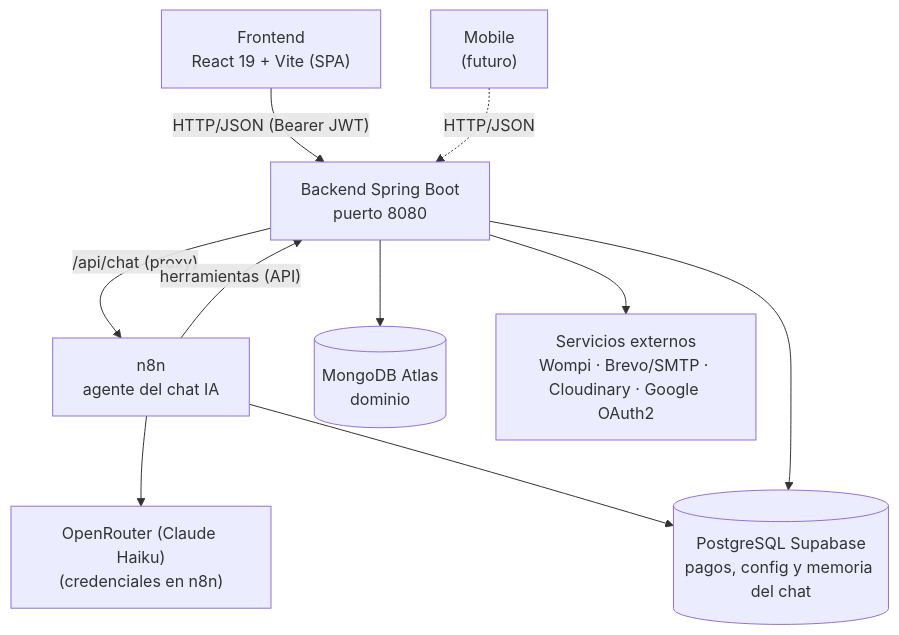
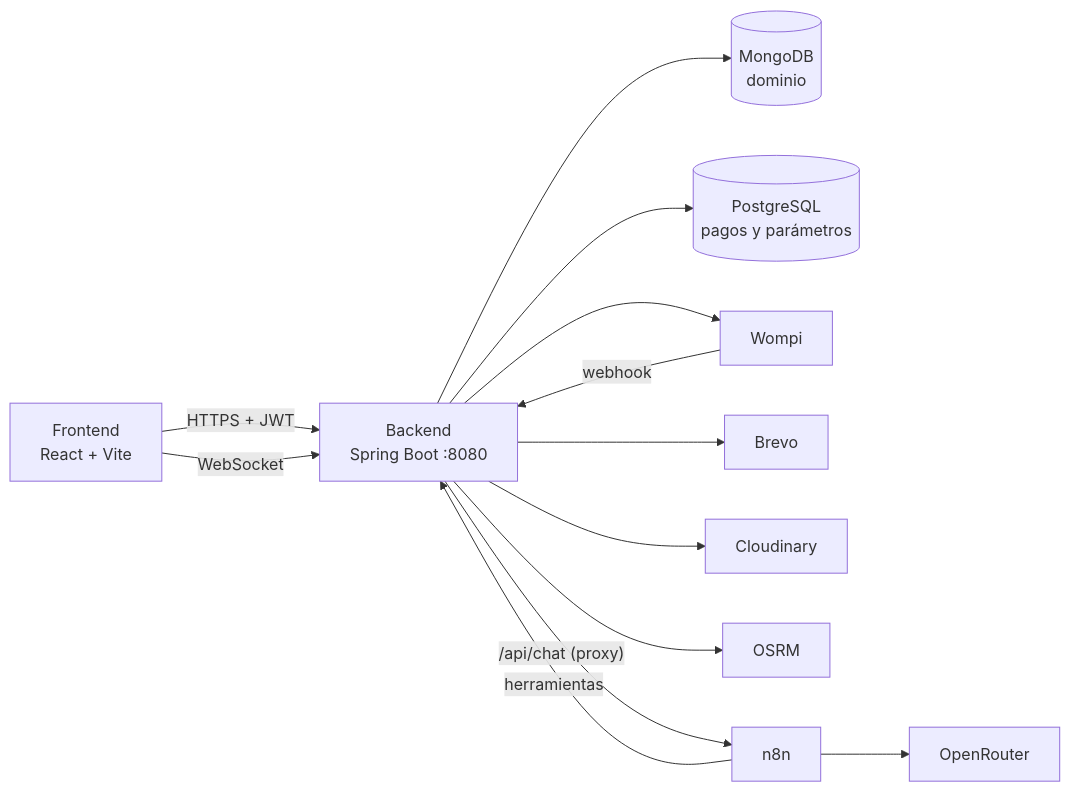
The second of 2 diagrams in README.md (brainyns/Drivemaster), drawn with Mermaid before and after one commit. The commit also changed other lines of this file and 1 other file, not shown here.

````diff
--- a/README.md
+++ b/README.md
@@ -131,21 +157,15 @@
 ```mermaid
-flowchart TD
-    FE["Frontend<br/>React 19 + Vite (SPA)"]
-    MOB["Mobile<br/>(futuro)"]
-    BE["Backend Spring Boot<br/>puerto 8080"]
-    N8N["n8n<br/>agente del chat IA"]
-    MONGO[("MongoDB Atlas<br/>dominio")]
-    PG[("PostgreSQL Supabase<br/>pagos, config y memoria del chat")]
-    EXT["Servicios externos<br/>Wompi · Brevo/SMTP · Cloudinary · Google OAuth2"]
-    IA["OpenRouter (Claude Haiku)<br/>(credenciales en n8n)"]
-
-    FE -- "HTTP/JSON (Bearer JWT)" --> BE
-    MOB -. "HTTP/JSON" .-> BE
-    BE -- "/api/chat (proxy)" --> N8N
-    N8N -- "herramientas (API)" --> BE
-    N8N --> IA
-    N8N --> PG
-    BE --> MONGO
-    BE --> PG
-    BE --> EXT
+flowchart LR
+    FE["Frontend<br/>React + Vite"] -- "HTTPS + JWT" --> BE["Backend<br/>Spring Boot :8080"]
+    FE -- "WebSocket" --> BE
+    BE --> MONGO[("MongoDB<br/>dominio")]
+    BE --> PG[("PostgreSQL<br/>pagos y parámetros")]
+    BE --> WOMPI["Wompi"]
+    BE --> BREVO["Brevo"]
+    BE --> CLOUD["Cloudinary"]
+    BE --> OSRM["OSRM"]
+    BE -- "/api/chat (proxy)" --> N8N["n8n"]
+    N8N -- "herramientas" --> BE
+    N8N --> OR["OpenRouter"]
+    WOMPI -- "webhook" --> BE
 ```
````
